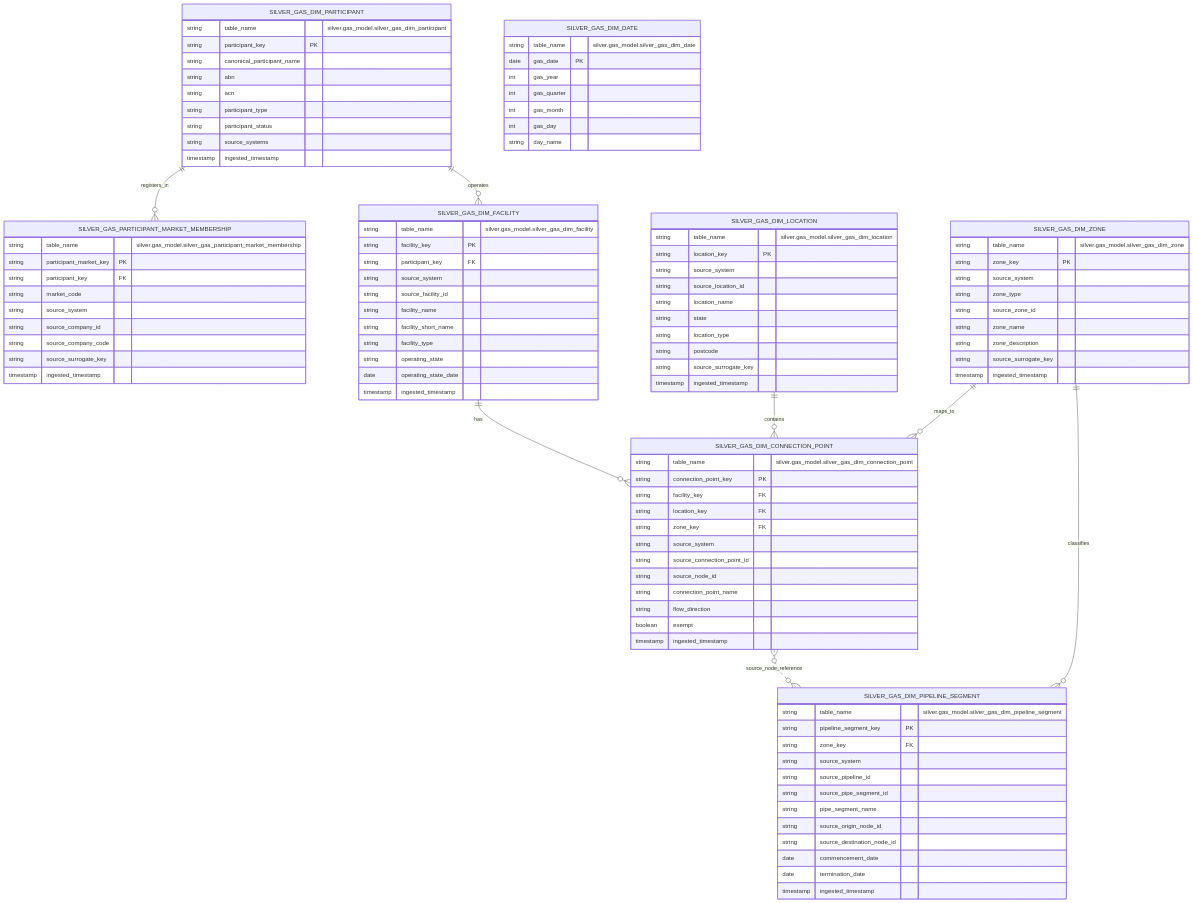
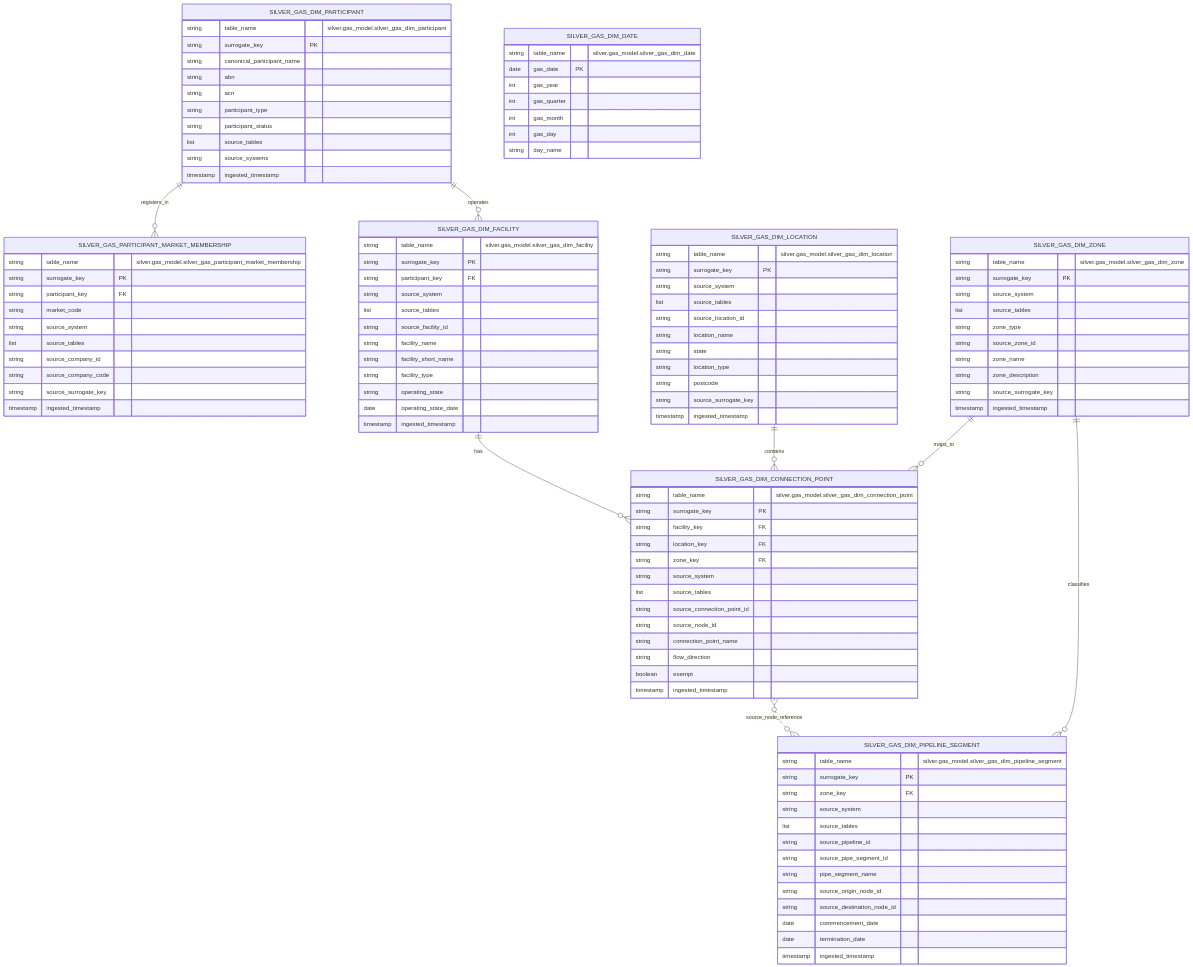
Before and after one commit to Chr1sC0de/energy-market-delta-lake: the diagram in backend-services/dagster-user/aemo-etl/docs/gas_model/erd.md, drawn with Mermaid. The commit also changed other lines of this file and 17 other files, not shown here.

```diff
--- a/backend-services/dagster-user/aemo-etl/docs/gas_model/erd.md
+++ b/backend-services/dagster-user/aemo-etl/docs/gas_model/erd.md
@@ -72,22 +72,24 @@
 
     SILVER_GAS_DIM_PARTICIPANT {
         string table_name "silver.gas_model.silver_gas_dim_participant"
-        string participant_key PK
+        string surrogate_key PK
         string canonical_participant_name
         string abn
         string acn
         string participant_type
         string participant_status
+        list source_tables
         string source_systems
         timestamp ingested_timestamp
     }
 
     SILVER_GAS_PARTICIPANT_MARKET_MEMBERSHIP {
         string table_name "silver.gas_model.silver_gas_participant_market_membership"
-        string participant_market_key PK
+        string surrogate_key PK
         string participant_key FK
         string market_code
         string source_system
+        list source_tables
         string source_company_id
         string source_company_code
         string source_surrogate_key
@@ -96,9 +98,10 @@
 
     SILVER_GAS_DIM_FACILITY {
         string table_name "silver.gas_model.silver_gas_dim_facility"
-        string facility_key PK
+        string surrogate_key PK
         string participant_key FK
         string source_system
+        list source_tables
         string source_facility_id
         string facility_name
         string facility_short_name
@@ -110,8 +113,9 @@
 
     SILVER_GAS_DIM_LOCATION {
         string table_name "silver.gas_model.silver_gas_dim_location"
-        string location_key PK
+        string surrogate_key PK
         string source_system
+        list source_tables
         string source_location_id
         string location_name
         string state
@@ -123,11 +127,12 @@
 
     SILVER_GAS_DIM_CONNECTION_POINT {
         string table_name "silver.gas_model.silver_gas_dim_connection_point"
-        string connection_point_key PK
+        string surrogate_key PK
         string facility_key FK
         string location_key FK
         string zone_key FK
         string source_system
+        list source_tables
         string source_connection_point_id
         string source_node_id
         string connection_point_name
@@ -138,8 +143,9 @@
 
     SILVER_GAS_DIM_ZONE {
         string table_name "silver.gas_model.silver_gas_dim_zone"
-        string zone_key PK
+        string surrogate_key PK
         string source_system
+        list source_tables
         string zone_type
         string source_zone_id
         string zone_name
@@ -150,9 +156,10 @@
 
     SILVER_GAS_DIM_PIPELINE_SEGMENT {
         string table_name "silver.gas_model.silver_gas_dim_pipeline_segment"
-        string pipeline_segment_key PK
+        string surrogate_key PK
         string zone_key FK
         string source_system
+        list source_tables
         string source_pipeline_id
         string source_pipe_segment_id
         string pipe_segment_name
```
